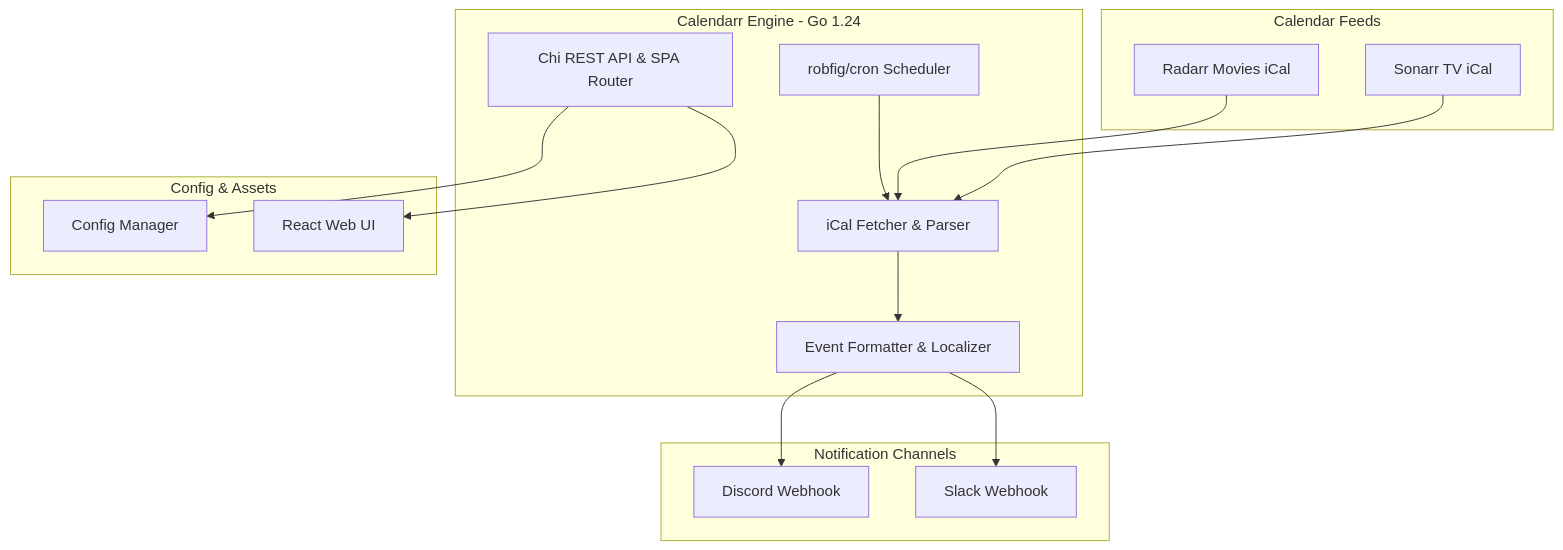
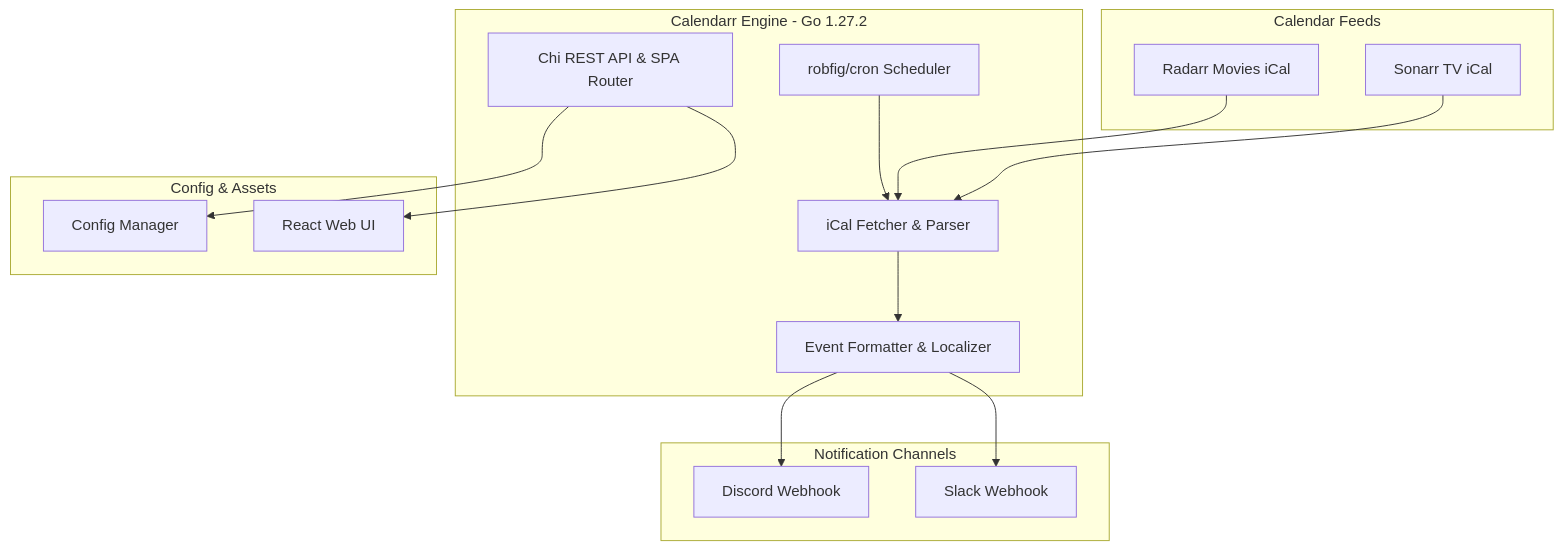
The diagram in README.md (khw315/calendarr), drawn with Mermaid before and after one commit. The commit also changed other lines of this file and 8 other files, not shown here.

````diff
--- a/README.md
+++ b/README.md
@@ -14,33 +14,33 @@
 ```mermaid
 flowchart TD
     subgraph Feeds[Calendar Feeds]
         Sonarr[Sonarr TV iCal]
         Radarr[Radarr Movies iCal]
     end
 
-    subgraph Core[Calendarr Engine - Go 1.24]
+    subgraph Core[Calendarr Engine - Go 1.27.2]
         Scheduler[robfig/cron Scheduler]
         Fetcher[iCal Fetcher & Parser]
         Formatter[Event Formatter & Localizer]
         Router[Chi REST API & SPA Router]
     end
 
     subgraph Storage[Config & Assets]
         Config[Config Manager]
         WebUI[React Web UI]
     end
 
     subgraph Outputs[Notification Channels]
         Discord[Discord Webhook]
         Slack[Slack Webhook]
     end
 
     Sonarr --> Fetcher
     Radarr --> Fetcher
     Scheduler --> Fetcher
     Fetcher --> Formatter
     Formatter --> Discord
     Formatter --> Slack
     Router --> Config
     Router --> WebUI
 ```
````
